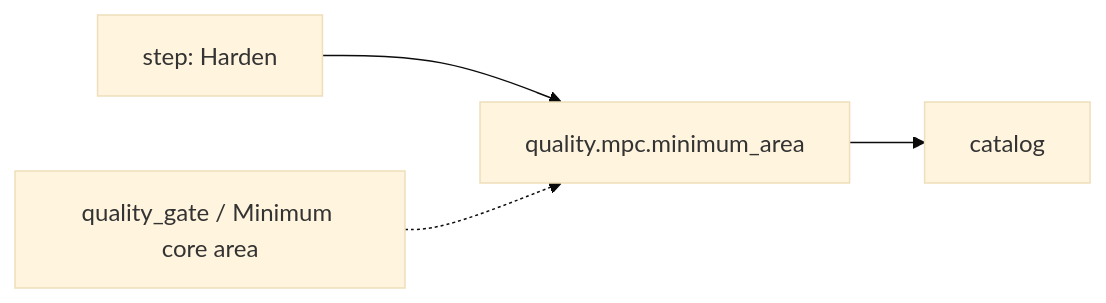
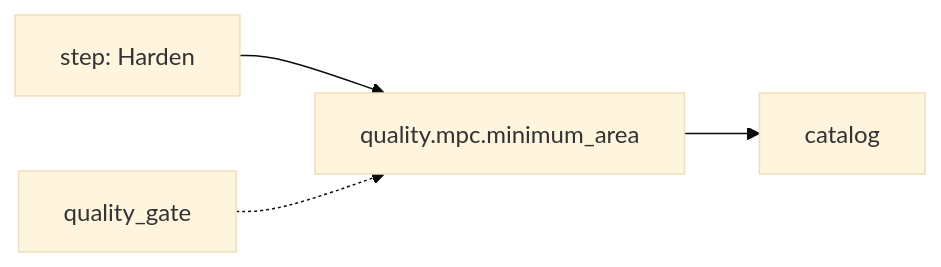
Diagram 16 of 45 in .github/signoff-board/signoff-kanban.md (openecos-projects/ecc), drawn with Mermaid (base theme) before and after one commit. The commit also changed other lines of this file and 4 other files, not shown here.

````diff
--- a/.github/signoff-board/signoff-kanban.md
+++ b/.github/signoff-board/signoff-kanban.md
@@ -255,6 +415,6 @@
 ```mermaid
 flowchart LR
   step_quality_mpc_minimum_area["step: Harden"] --> metric_quality_mpc_minimum_area["quality.mpc.minimum_area"]
   metric_quality_mpc_minimum_area --> state_quality_mpc_minimum_area["catalog"]
-  catalog_quality_mpc_minimum_area["quality_gate / Minimum core area"] -.-> metric_quality_mpc_minimum_area
+  cat_quality_mpc_minimum_area["quality_gate"] -.-> metric_quality_mpc_minimum_area
 ```
````
